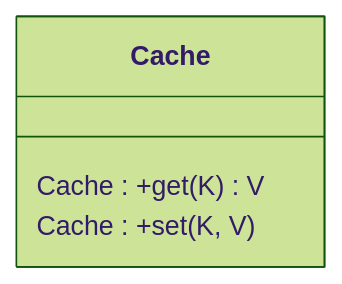
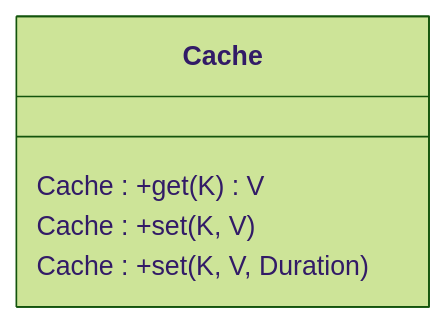
One commit to ajay05meena/sysdesign changed the diagram in LRU Cache/README.md. Above: the diagram before and after it, drawn with Mermaid (forest theme). The commit also changed other lines of this file and 4 other files, not shown here.

````diff
--- a/LRU Cache/README.md
+++ b/LRU Cache/README.md
@@ -13,8 +14,9 @@
 ```mermaid
 classDiagram
     class Cache
     class Cache {
     Cache : +get(K)V
-    Cache : +set(K, V) 
+    Cache : +set(K, V)
+    Cache : +set(K, V, Duration) 
     }
 ```
````
